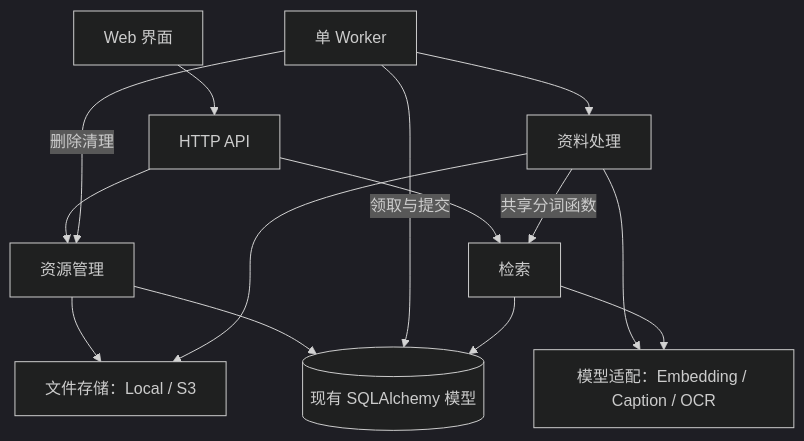
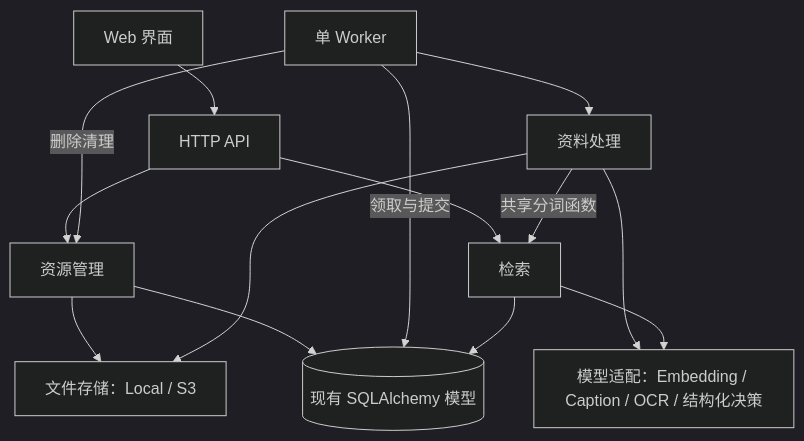
The diagram in docs/design.md (lly0571/mmkb), drawn with Mermaid (dark theme) before and after one commit. The commit also changed other lines of this file and 11 other files, not shown here.

````diff
--- a/docs/design.md
+++ b/docs/design.md
@@ -13,16 +13,16 @@
 ```mermaid
 flowchart TD
     WEB[Web 界面] --> API[HTTP API]
     API --> RES[资源管理]
     API --> SEARCH[检索]
     WORKER[单 Worker] --> PROCESS[资料处理]
     WORKER -->|删除清理| RES
     RES --> STORE[文件存储：Local / S3]
     RES --> DB[(现有 SQLAlchemy 模型)]
     WORKER -->|领取与提交| DB
     PROCESS --> STORE
-    PROCESS --> MODEL[模型适配：Embedding / Caption / OCR]
+    PROCESS --> MODEL[模型适配：Embedding / Caption / OCR / 结构化决策]
     PROCESS -->|共享分词函数| SEARCH
     SEARCH --> MODEL
     SEARCH --> DB
 ```
````
